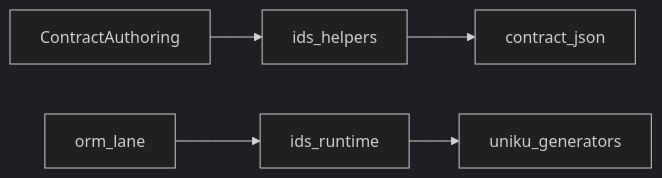
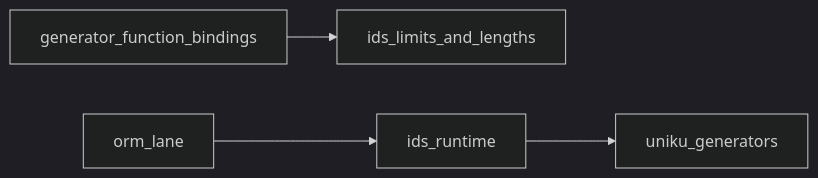
One commit to prisma/prisma changed the diagram in packages/1-framework/2-authoring/ids/README.md. Above: the diagram before and after it, drawn with Mermaid (dark theme). The commit also changed other lines of this file and 39 other files, not shown here.

````diff
--- a/packages/1-framework/2-authoring/ids/README.md
+++ b/packages/1-framework/2-authoring/ids/README.md
@@ -18,7 +16,6 @@
 ```mermaid
 flowchart LR
-  Authoring[ContractAuthoring] --> IdsHelpers[ids_helpers]
-  IdsHelpers --> ContractJson[contract_json]
+  Bindings[generator_function_bindings] --> Ids[ids_limits_and_lengths]
   Runtime[orm_lane] --> IdsRuntime[ids_runtime]
   IdsRuntime --> Uniku[uniku_generators]
 ```
````
